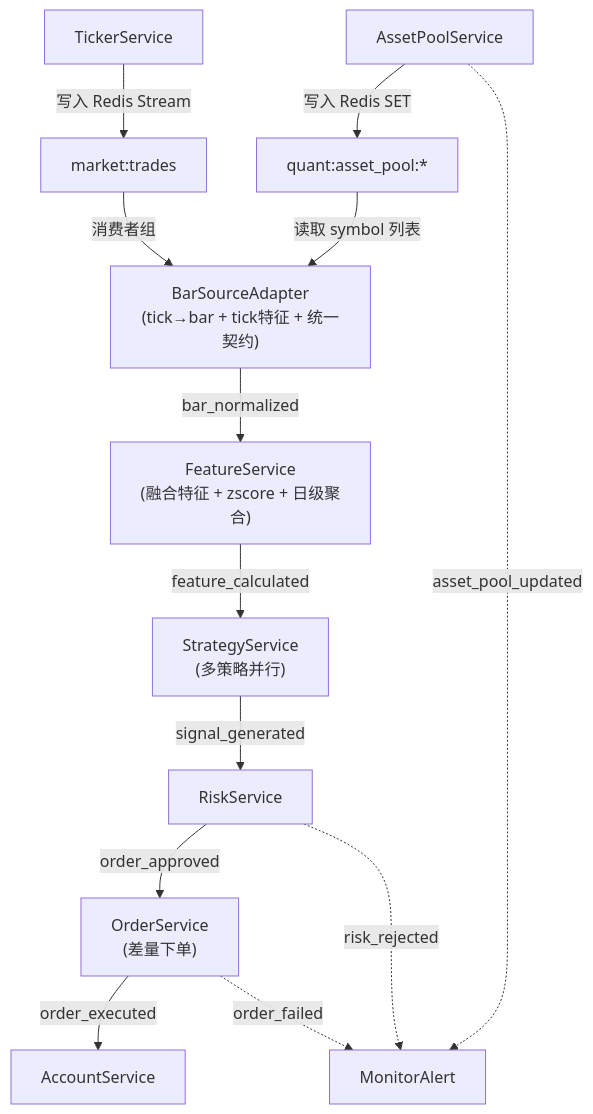
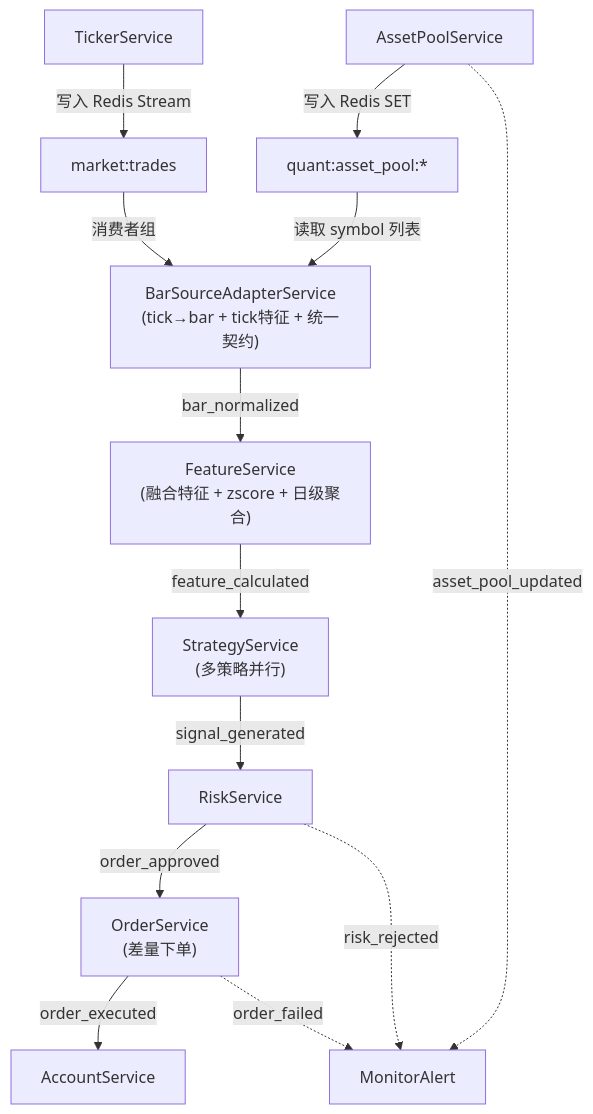
Before and after one commit to DragonQuantt/docs: the second of 5 diagrams in content/architecture/index.md, drawn with Mermaid. The commit also changed other lines of this file and 3 other files, not shown here.

Commit message:
BarSourceAdapter->BarSourceAdapterService

````diff
--- a/content/architecture/index.md
+++ b/content/architecture/index.md
@@ -174,17 +174,17 @@
 ```mermaid
 flowchart TD
     TickerSvc["TickerService"] -->|"写入 Redis Stream"| RedisStream["market:trades"]
     AssetPoolSvc["AssetPoolService"] -->|"写入 Redis SET"| RedisSet["quant:asset_pool:*"]
     AssetPoolSvc -.->|asset_pool_updated| MonitorAlert
 
-    RedisStream -->|"消费者组"| BarAdapter["BarSourceAdapter\n(tick→bar + tick特征 + 统一契约)"]
+    RedisStream -->|"消费者组"| BarAdapter["BarSourceAdapterService\n(tick→bar + tick特征 + 统一契约)"]
     RedisSet -->|"读取 symbol 列表"| BarAdapter
 
     BarAdapter -->|bar_normalized| FeatureSvc["FeatureService\n(融合特征 + zscore + 日级聚合)"]
     FeatureSvc -->|feature_calculated| StrategySvc["StrategyService\n(多策略并行)"]
     StrategySvc -->|signal_generated| RiskSvc["RiskService"]
     RiskSvc -->|order_approved| OrderSvc["OrderService\n(差量下单)"]
     RiskSvc -.->|risk_rejected| MonitorAlert
     OrderSvc -->|order_executed| AccountSvc["AccountService"]
     OrderSvc -.->|order_failed| MonitorAlert
 ```
````
